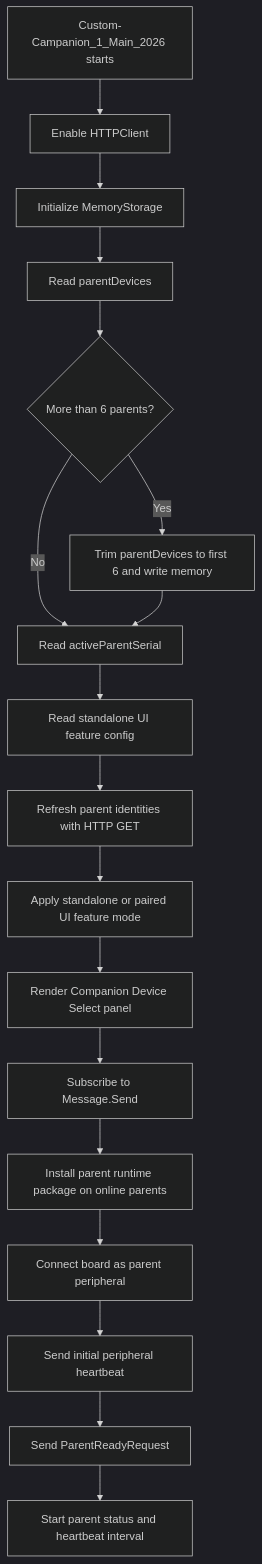
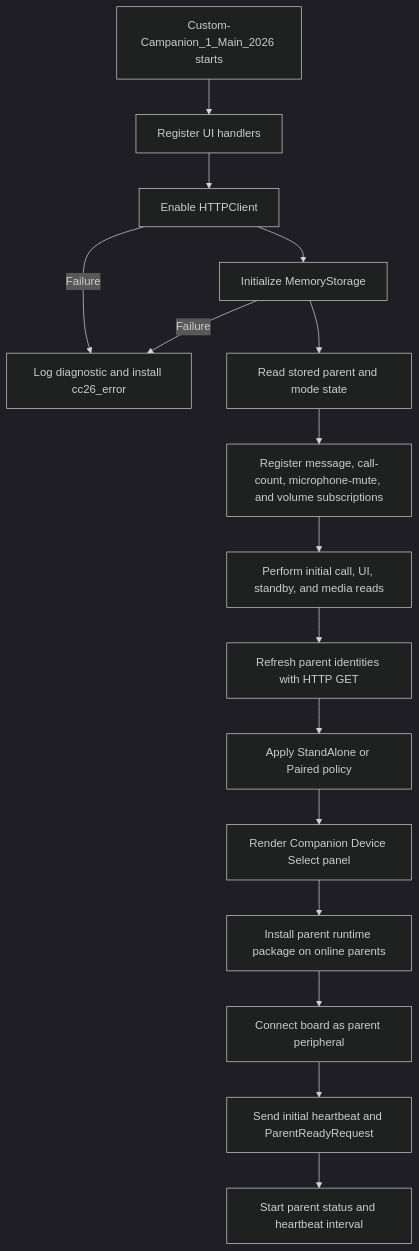
Before and after one commit to ctg-tme/Custom_Companion_2026: the first of 7 diagrams in README.md, drawn with Mermaid (dark theme). The commit also changed other lines of this file and 7 other files, not shown here.

````diff
--- a/README.md
+++ b/README.md
@@ -26,20 +26,18 @@
 ```mermaid
 flowchart TD
-	A[Custom-Campanion_1_Main_2026 starts] --> B[Enable HTTPClient]
-	B --> C[Initialize MemoryStorage]
-	C --> D[Read parentDevices]
-	D --> E{More than 6 parents?}
-	E -- Yes --> F[Trim parentDevices to first 6 and write memory]
-	E -- No --> G[Read activeParentSerial]
-	F --> G
-	G --> H[Read standalone UI feature config]
-	H --> I[Refresh parent identities with HTTP GET]
-	I --> J[Apply standalone or paired UI feature mode]
-	J --> K[Render Companion Device Select panel]
-	K --> L[Subscribe to Message.Send]
-	L --> M[Install parent runtime package on online parents]
-	M --> N[Connect board as parent peripheral]
-	N --> O[Send initial peripheral heartbeat]
-	O --> P[Send ParentReadyRequest]
-	P --> Q[Start parent status and heartbeat interval]
+	A[Custom-Campanion_1_Main_2026 starts] --> B[Register UI handlers]
+	B --> C[Enable HTTPClient]
+	C --> D[Initialize MemoryStorage]
+	C -- Failure --> X[Log diagnostic and install cc26_error]
+	D -- Failure --> X
+	D --> E[Read stored parent and mode state]
+	E --> F[Register message, call-count, microphone-mute, and volume subscriptions]
+	F --> G[Perform initial call, UI, standby, and media reads]
+	G --> H[Refresh parent identities with HTTP GET]
+	H --> I[Apply StandAlone or Paired policy]
+	I --> J[Render Companion Device Select panel]
+	J --> K[Install parent runtime package on online parents]
+	K --> L[Connect board as parent peripheral]
+	L --> M[Send initial heartbeat and ParentReadyRequest]
+	M --> N[Start parent status and heartbeat interval]
 ```
````
